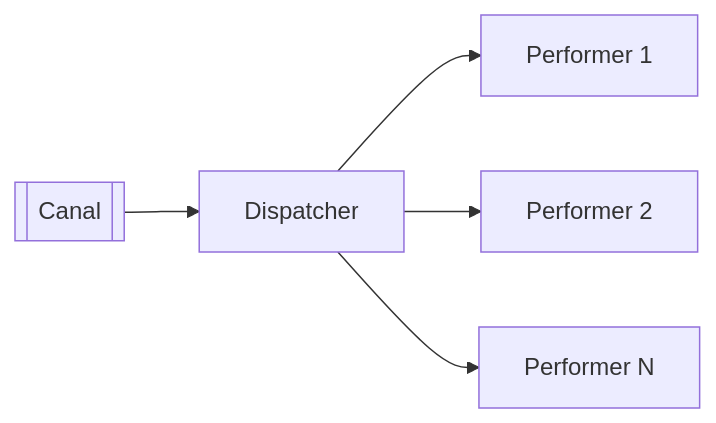
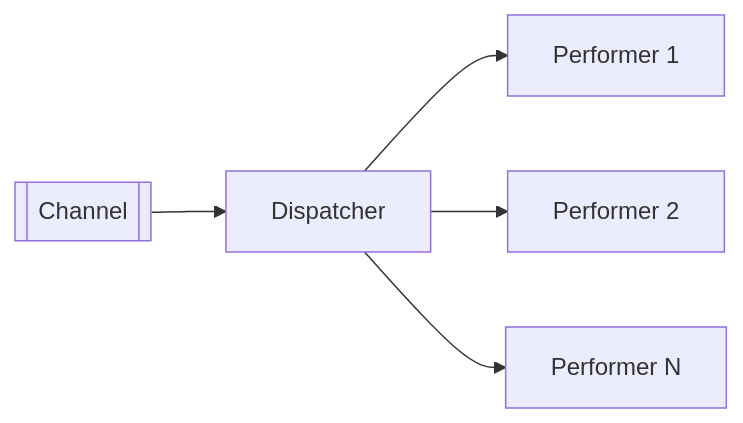
The diagram in docs/architecture/eip/messaging-endpoints/message-dispatcher.md (alancesar/design-patterns), drawn with Mermaid before and after one commit. The commit also changed 258 other files, not shown here.

First line of the commit message:
Translate Mermaid diagrams to English

````diff
--- a/docs/architecture/eip/messaging-endpoints/message-dispatcher.md
+++ b/docs/architecture/eip/messaging-endpoints/message-dispatcher.md
@@ -50,7 +50,7 @@
 ```mermaid
 flowchart LR
-    C[["Canal"]] --> D["Dispatcher"]
+    C[["Channel"]] --> D["Dispatcher"]
     D --> P1["Performer 1"]
     D --> P2["Performer 2"]
     D --> P3["Performer N"]
 ```
````
